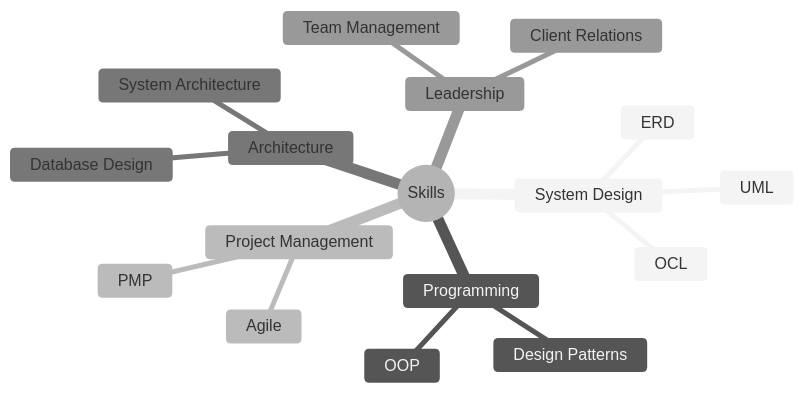
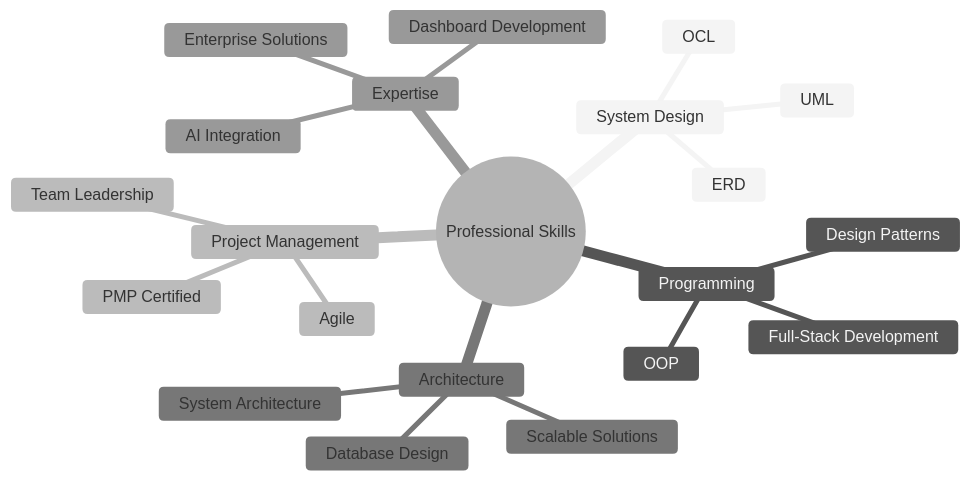
One commit to mgalal0/mgalal0 changed the diagram in README.md. Above: the diagram before and after it, drawn with Mermaid (neutral theme). The commit also changed other lines of this file, not shown here.

````diff
--- a/README.md
+++ b/README.md
@@ -100,20 +52,24 @@
 ```mermaid
 mindmap
-  root((Skills))
+  root((Professional Skills))
     System Design
       ERD
       UML
       OCL
     Programming
       OOP
       Design Patterns
+      Full-Stack Development
     Project Management
       Agile
-      PMP
+      PMP Certified
+      Team Leadership
     Architecture
       Database Design
       System Architecture
-    Leadership
-      Team Management
-      Client Relations
+      Scalable Solutions
+    Expertise
+      AI Integration
+      Dashboard Development
+      Enterprise Solutions
 ```
````
